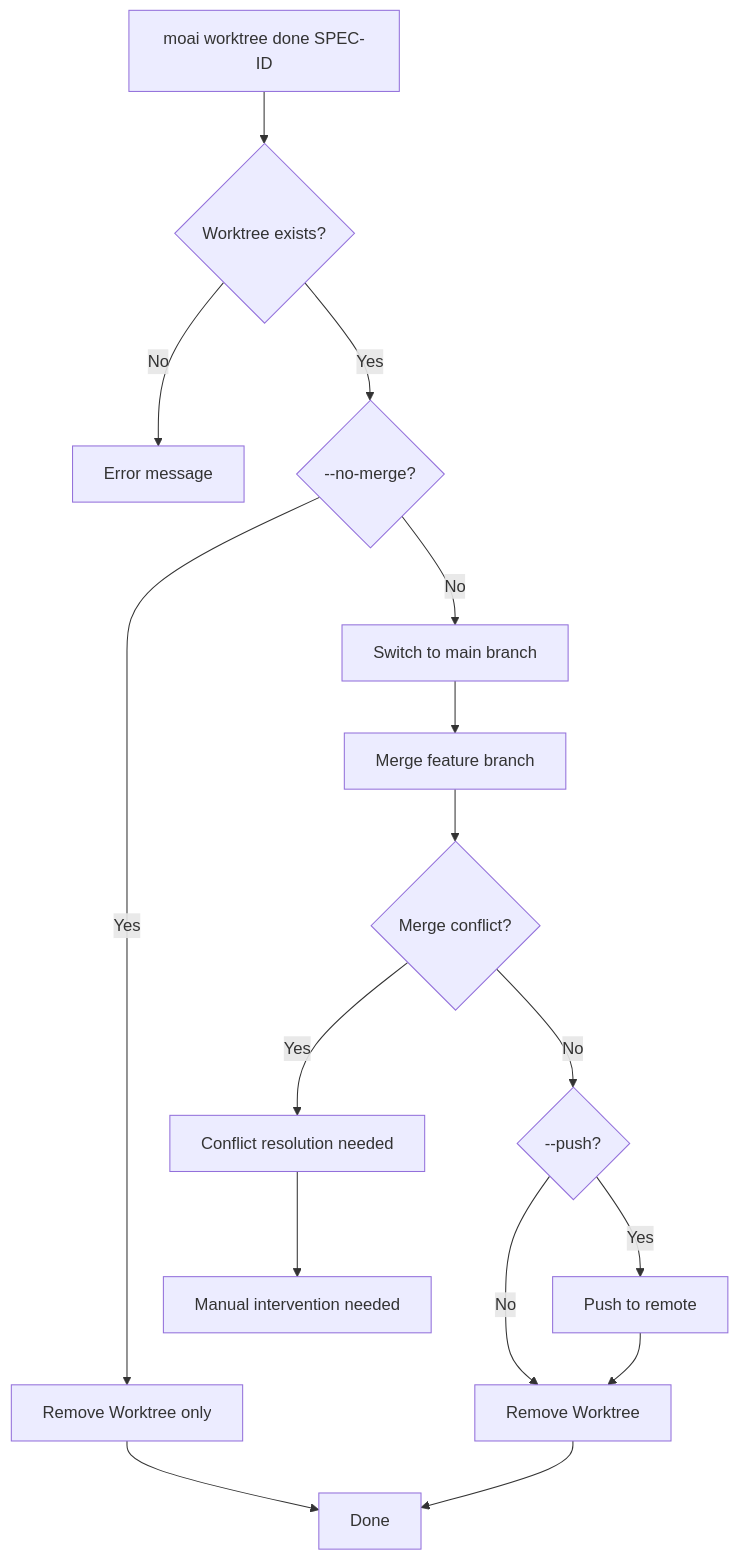
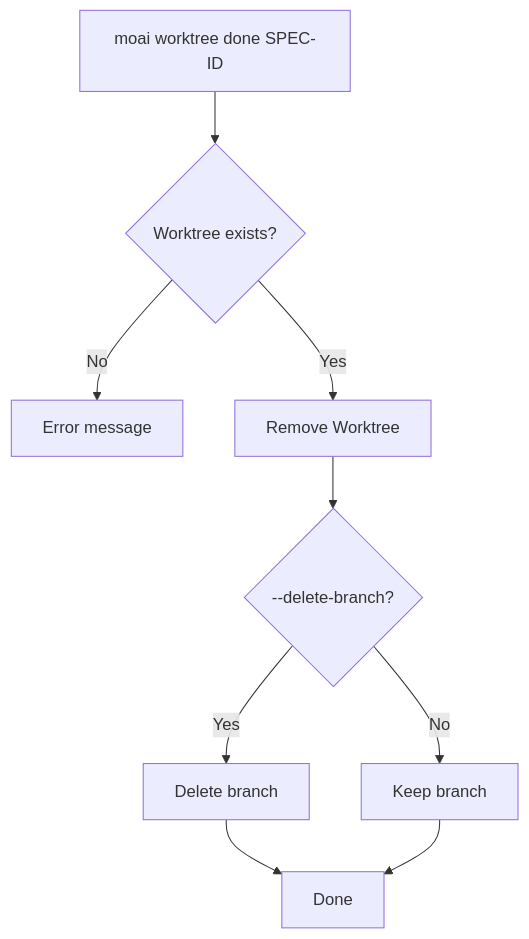
One commit to modu-ai/moai-adk changed the fourth of 10 diagrams in docs-site/content/en/worktree/guide.md. Above: the diagram before and after it, drawn with Mermaid. The commit also changed other lines of this file and 180 other files, not shown here.

````diff
--- a/docs-site/content/en/worktree/guide.md
+++ b/docs-site/content/en/worktree/guide.md
@@ -230,18 +221,11 @@
 ```mermaid
 flowchart TD
     A[moai worktree done SPEC-ID] --> B{Worktree exists?}
     B -->|No| C[Error message]
-    B -->|Yes| D{--no-merge?}
-    D -->|Yes| E[Remove Worktree only]
-    D -->|No| F[Switch to main branch]
-    F --> G[Merge feature branch]
-    G --> H{Merge conflict?}
-    H -->|Yes| I[Conflict resolution needed]
-    H -->|No| J{--push?}
-    J -->|Yes| K[Push to remote]
-    J -->|No| L[Remove Worktree]
-    K --> L
-    E --> M[Done]
-    L --> M
-    I --> N[Manual intervention needed]
+    B -->|Yes| D[Remove Worktree]
+    D --> E{--delete-branch?}
+    E -->|Yes| F[Delete branch]
+    E -->|No| G[Keep branch]
+    F --> H[Done]
+    G --> H[Done]
 ```
````
